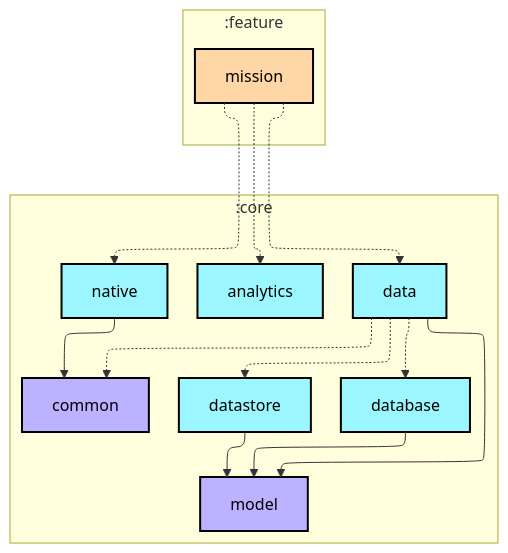
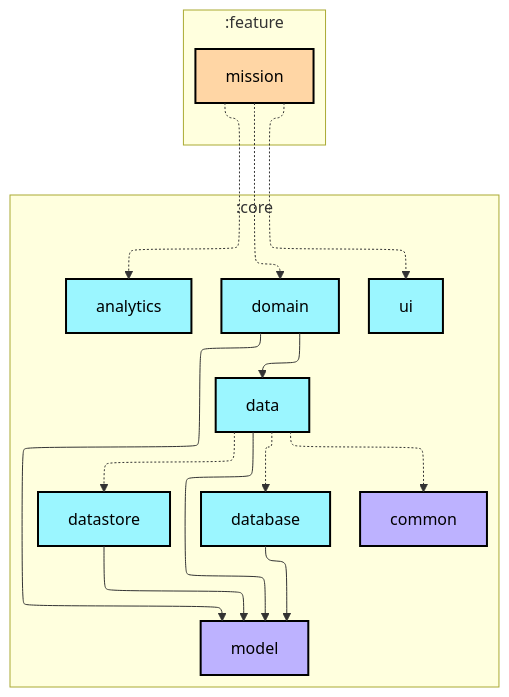
Before and after one commit to Sunior-k/walklog: the first of 2 diagrams in feature/mission/README.md, drawn with Mermaid. The commit also changed 75 other files, not shown here.

````diff
--- a/feature/mission/README.md
+++ b/feature/mission/README.md
@@ -14,41 +14,43 @@
 ```mermaid
 ---
 config:
   layout: elk
   elk:
     nodePlacementStrategy: SIMPLE
 ---
 graph TB
   subgraph :feature
     direction TB
     :feature:mission[mission]:::android-feature
   end
 
   subgraph :core
     direction TB
+    :core:domain[domain]:::android-library
     :core:data[data]:::android-library
     :core:database[database]:::android-library
     :core:datastore[datastore]:::android-library
-    :core:native[native]:::android-library
     :core:common[common]:::jvm-library
     :core:model[model]:::jvm-library
     :core:analytics[analytics]:::android-library
+    :core:ui[ui]:::android-library
   end
 
-  :feature:mission -.-> :core:data
+  :feature:mission -.-> :core:domain
   :feature:mission -.-> :core:analytics
-  :feature:mission -.-> :core:native
-  :core:native --> :core:common
+  :feature:mission -.-> :core:ui
+  :core:domain --> :core:data
+  :core:domain --> :core:model
   :core:data --> :core:model
   :core:data -.-> :core:database
   :core:data -.-> :core:datastore
   :core:data -.-> :core:common
   :core:database --> :core:model
   :core:datastore --> :core:model
 
 classDef android-application fill:#CAFFBF,stroke:#000,stroke-width:2px,color:#000;
 classDef android-feature fill:#FFD6A5,stroke:#000,stroke-width:2px,color:#000;
 classDef android-library fill:#9BF6FF,stroke:#000,stroke-width:2px,color:#000;
 classDef android-test fill:#A0C4FF,stroke:#000,stroke-width:2px,color:#000;
 classDef jvm-library fill:#BDB2FF,stroke:#000,stroke-width:2px,color:#000;
 ```
````
